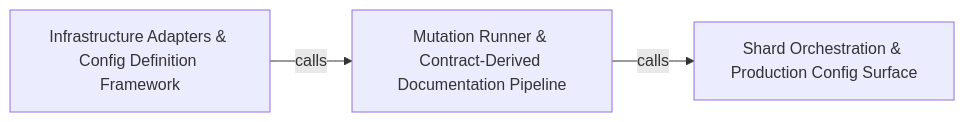
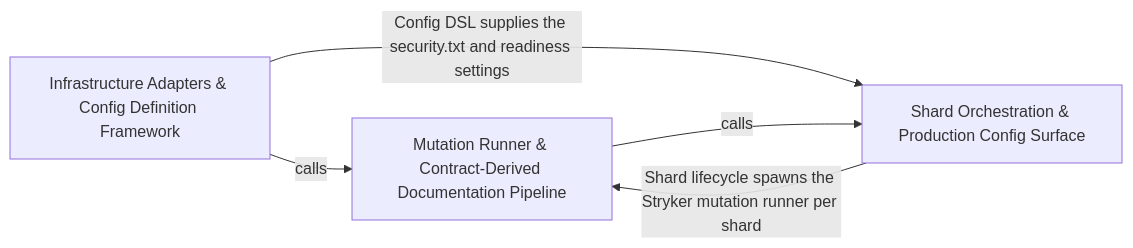
One commit to Guebbit/boilerplate-node-backend changed the diagram in .2brain/arch/Mutation_Measurement_Contract_Derived_Docs.md. Above: the diagram before and after it, drawn with Mermaid. The commit also changed other lines of this file and 1102 other files, not shown here.

````diff
--- a/.2brain/arch/Mutation_Measurement_Contract_Derived_Docs.md
+++ b/.2brain/arch/Mutation_Measurement_Contract_Derived_Docs.md
@@ -10,8 +10,10 @@
 ```mermaid
 graph LR
     Infrastructure_Adapters_Config_Definition_Framework["Infrastructure Adapters & Config Definition Framework"]
     Mutation_Runner_Contract_Derived_Documentation_Pipeline["Mutation Runner & Contract-Derived Documentation Pipeline"]
     Shard_Orchestration_Production_Config_Surface["Shard Orchestration & Production Config Surface"]
     Infrastructure_Adapters_Config_Definition_Framework -- "calls" --> Mutation_Runner_Contract_Derived_Documentation_Pipeline
+    Infrastructure_Adapters_Config_Definition_Framework -- "Config DSL supplies the security.txt and readiness settings" --> Shard_Orchestration_Production_Config_Surface
     Mutation_Runner_Contract_Derived_Documentation_Pipeline -- "calls" --> Shard_Orchestration_Production_Config_Surface
+    Shard_Orchestration_Production_Config_Surface -- "Shard lifecycle spawns the Stryker mutation runner per shard" --> Mutation_Runner_Contract_Derived_Documentation_Pipeline
 ```
````
